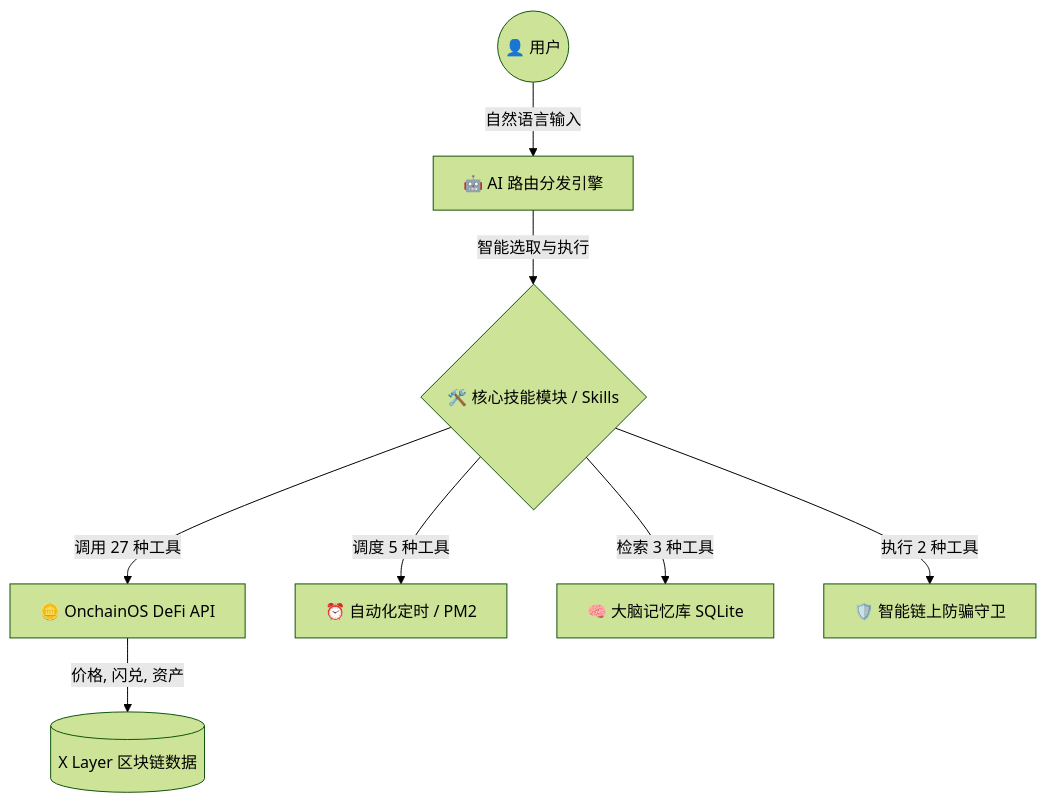
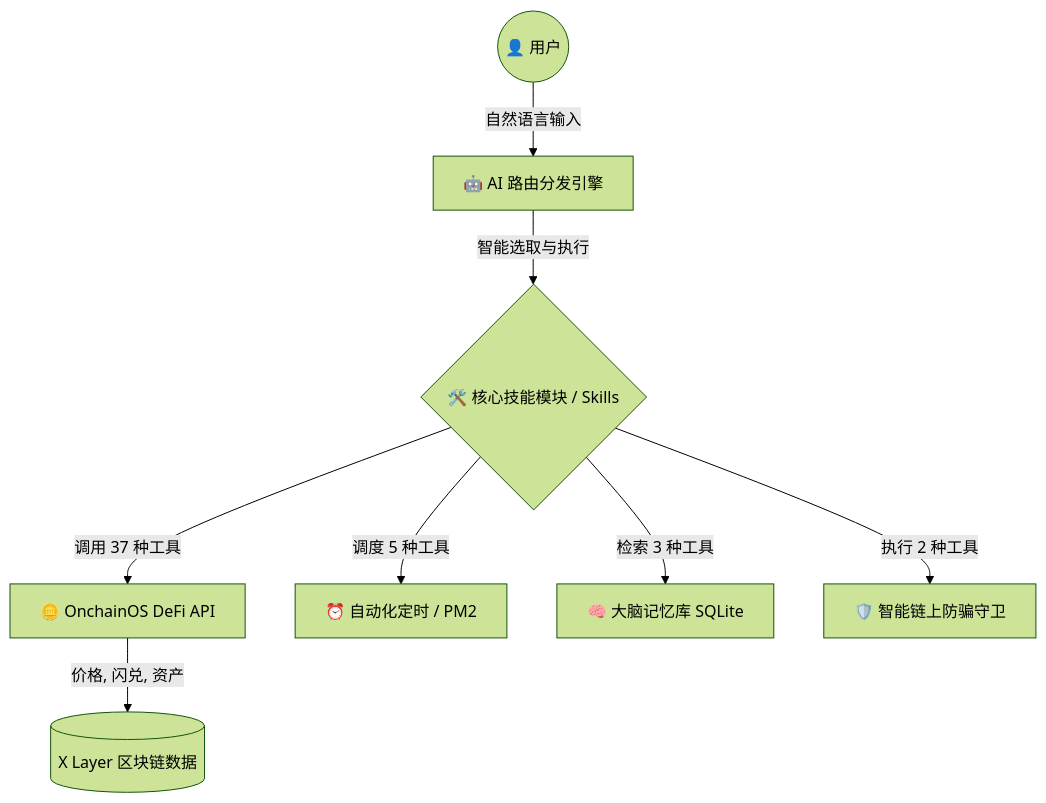
One commit to haivcon/xbot changed the second of 6 diagrams in README.md. Above: the diagram before and after it, drawn with Mermaid (forest theme). The commit also changed other lines of this file, not shown here.

````diff
--- a/README.md
+++ b/README.md
@@ -497,10 +505,10 @@
 ```mermaid
 graph TD;
     User((👤 用户)) -->|自然语言输入| Core[🤖 AI 路由分发引擎];
     Core -->|智能选取与执行| Tools{🛠️ 核心技能模块 / Skills};
-    Tools -->|调用 27 种工具| Onchain[🪙 OnchainOS DeFi API];
+    Tools -->|调用 37 种工具| Onchain[🪙 OnchainOS DeFi API];
     Tools -->|调度 5 种工具| Scheduler[⏰ 自动化定时 / PM2];
     Tools -->|检索 3 种工具| Memory[🧠 大脑记忆库 SQLite];
     Tools -->|执行 2 种工具| Security[🛡️ 智能链上防骗守卫];
     Onchain -->|价格, 闪兑, 资产| XLayer[(X Layer 区块链数据)];
 ```
````
